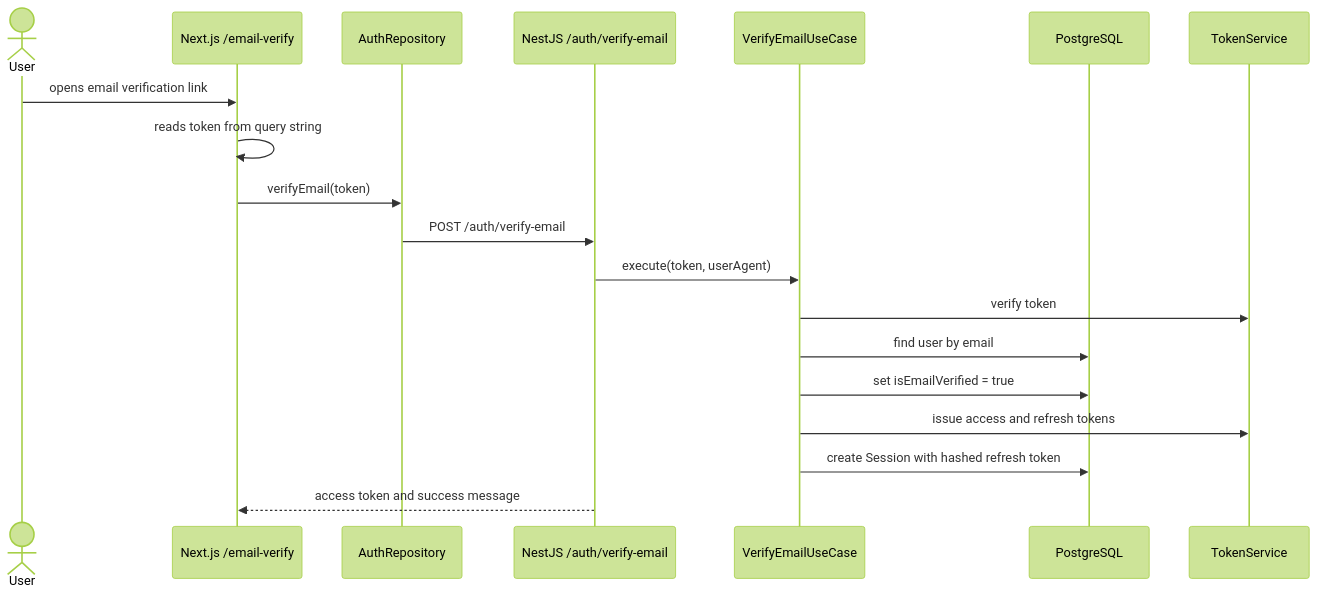
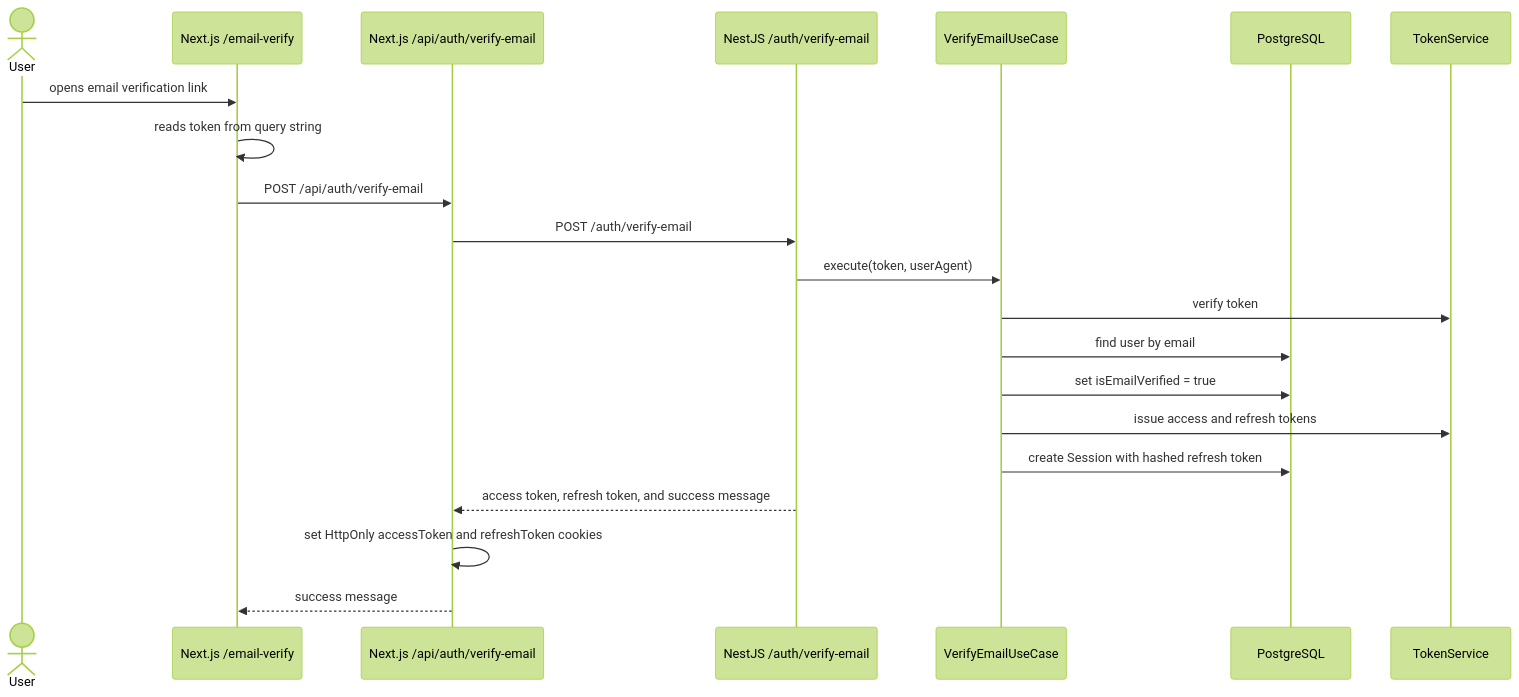
The fourth of 11 diagrams in Authentication Flows.md (Erics-Barbers/erics-barbers-docs), drawn with Mermaid (forest theme) before and after one commit. The commit also changed other lines of this file and 6 other files, not shown here.

````diff
--- a/Authentication Flows.md
+++ b/Authentication Flows.md
@@ -245,22 +270,24 @@
 ```mermaid
 sequenceDiagram
     actor User
     participant EmailPage as Next.js /email-verify
-    participant AuthRepository as AuthRepository
+    participant NextVerify as Next.js /api/auth/verify-email
     participant NestAuth as NestJS /auth/verify-email
     participant VerifyUseCase as VerifyEmailUseCase
     participant DB as PostgreSQL
     participant TokenService as TokenService
 
     User->>EmailPage: opens email verification link
     EmailPage->>EmailPage: reads token from query string
-    EmailPage->>AuthRepository: verifyEmail(token)
-    AuthRepository->>NestAuth: POST /auth/verify-email
+    EmailPage->>NextVerify: POST /api/auth/verify-email
+    NextVerify->>NestAuth: POST /auth/verify-email
     NestAuth->>VerifyUseCase: execute(token, userAgent)
     VerifyUseCase->>TokenService: verify token
     VerifyUseCase->>DB: find user by email
     VerifyUseCase->>DB: set isEmailVerified = true
     VerifyUseCase->>TokenService: issue access and refresh tokens
     VerifyUseCase->>DB: create Session with hashed refresh token
-    NestAuth-->>EmailPage: access token and success message
+    NestAuth-->>NextVerify: access token, refresh token, and success message
+    NextVerify->>NextVerify: set HttpOnly accessToken and refreshToken cookies
+    NextVerify-->>EmailPage: success message
 ```
````
